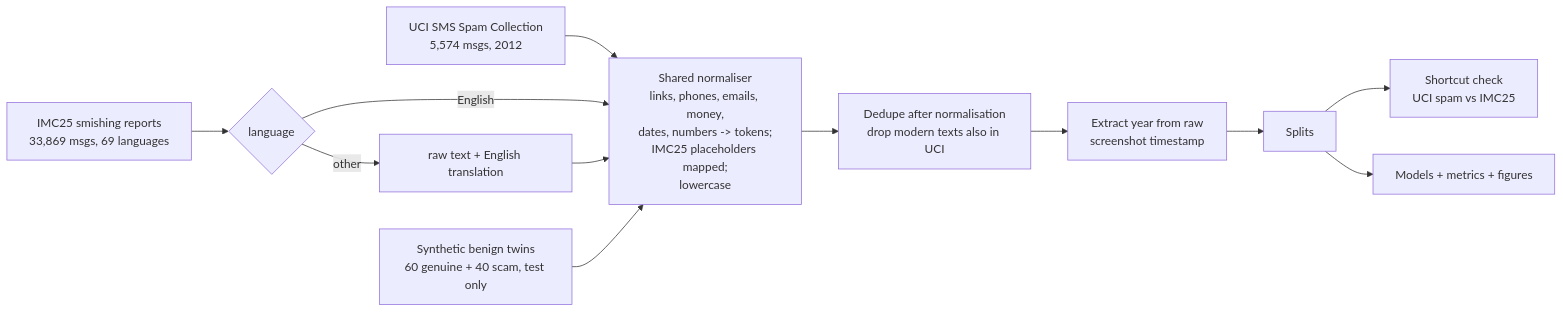
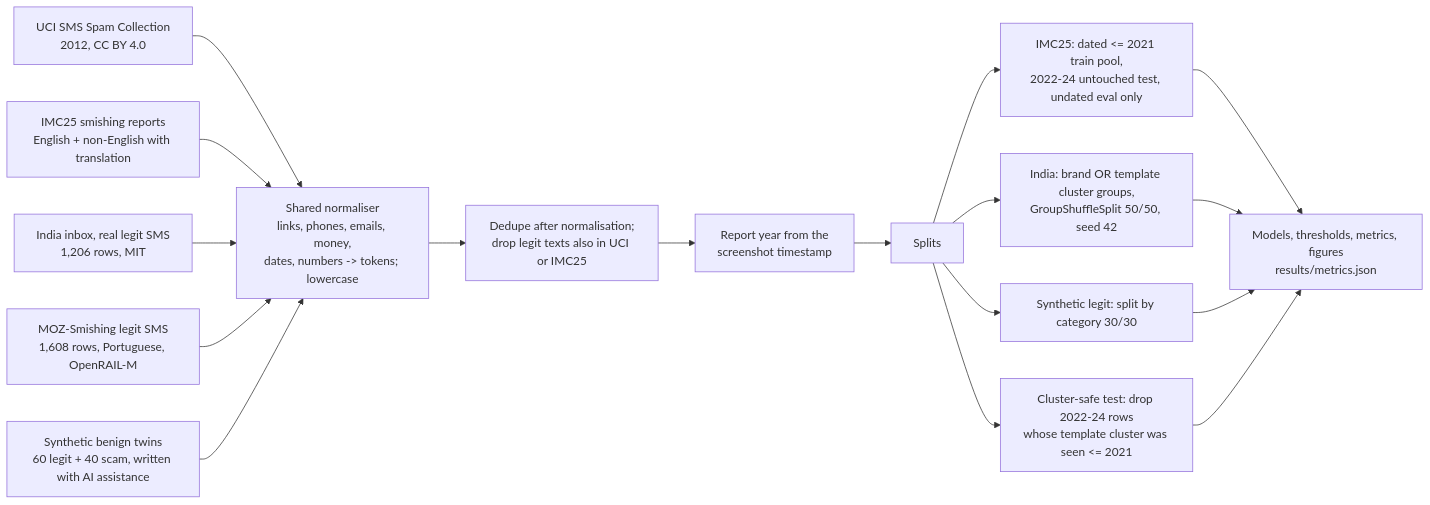
Before and after one commit to KnigguKniggu-droid/scam-drift: the first of 4 diagrams in docs/PLAN.md, drawn with Mermaid. The commit also changed other lines of this file and 28 other files, not shown here.

Commit message:
Post-deadline v2 (Nov 18): real-legit fix variants, three-tier triage, half-life, learning curve, multilingual pairing, audits

````diff
--- a/docs/PLAN.md
+++ b/docs/PLAN.md
@@ -7,14 +9,16 @@
 ```mermaid
 flowchart LR
-    A[UCI SMS Spam Collection<br/>5,574 msgs, 2012] --> N
-    B[IMC25 smishing reports<br/>33,869 msgs, 69 languages] --> L{language}
-    L -- English --> N
-    L -- other --> T[raw text + English translation]
-    T --> N
-    C[Synthetic benign twins<br/>60 genuine + 40 scam, test only] --> N
-    N[Shared normaliser<br/>links, phones, emails, money,<br/>dates, numbers -> tokens;<br/>IMC25 placeholders mapped;<br/>lowercase] --> D[Dedupe after normalisation<br/>drop modern texts also in UCI]
-    D --> Y[Extract year from raw<br/>screenshot timestamp]
+    A[UCI SMS Spam Collection<br/>2012, CC BY 4.0] --> N
+    B[IMC25 smishing reports<br/>English + non-English with translation] --> N
+    R1[India inbox, real legit SMS<br/>1,206 rows, MIT] --> N
+    R2[MOZ-Smishing legit SMS<br/>1,608 rows, Portuguese, OpenRAIL-M] --> N
+    C[Synthetic benign twins<br/>60 legit + 40 scam, written with AI assistance] --> N
+    N[Shared normaliser<br/>links, phones, emails, money,<br/>dates, numbers -> tokens; lowercase] --> D[Dedupe after normalisation;<br/>drop legit texts also in UCI or IMC25]
+    D --> Y[Report year from the<br/>screenshot timestamp]
     Y --> S[Splits]
-    S --> SC[Shortcut check<br/>UCI spam vs IMC25]
-    S --> M[Models + metrics + figures]
+    S --> S1[IMC25: dated <= 2021 train pool,<br/>2022-24 untouched test, undated eval only]
+    S --> S2[India: brand OR template cluster groups,<br/>GroupShuffleSplit 50/50, seed 42]
+    S --> S3[Synthetic legit: split by category 30/30]
+    S --> S4[Cluster-safe test: drop 2022-24 rows<br/>whose template cluster was seen <= 2021]
+    S1 & S2 & S3 & S4 --> M[Models, thresholds, metrics, figures<br/>results/metrics.json]
 ```
````
